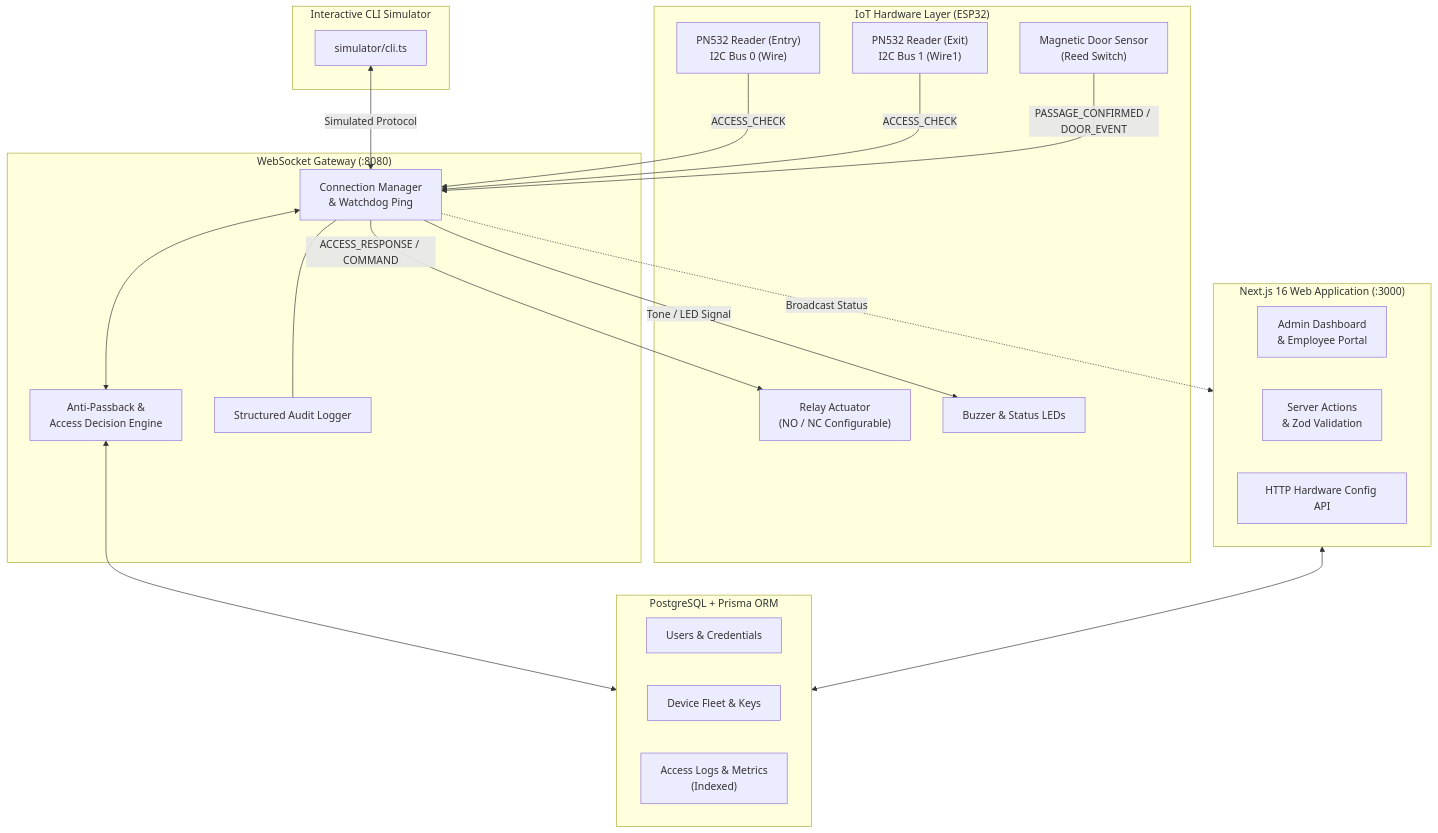
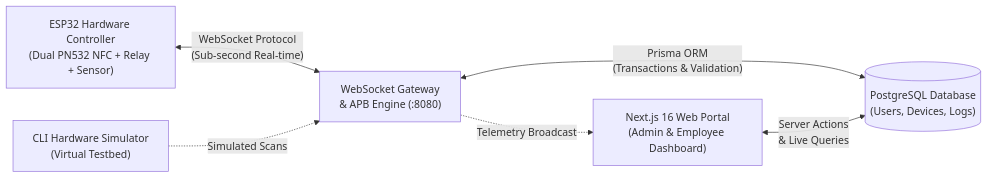
Before and after one commit to dima91020/KeyFlowy: the diagram in README.md, drawn with Mermaid. The commit also changed other lines of this file and 9 other files, not shown here.

Commit message:
chore(branding): rebrand platform to KeyFlowy and simplify architecture diagram in README

````diff
--- a/README.md
+++ b/README.md
@@ -27,46 +27,8 @@
 ```mermaid
-flowchart TB
-    subgraph Hardware["IoT Hardware Layer (ESP32)"]
-        NFC_IN["PN532 Reader (Entry)\nI2C Bus 0 (Wire)"]
-        NFC_OUT["PN532 Reader (Exit)\nI2C Bus 1 (Wire1)"]
-        RELAY["Relay Actuator\n(NO / NC Configurable)"]
-        SENSOR["Magnetic Door Sensor\n(Reed Switch)"]
-        BUZZER["Buzzer & Status LEDs"]
-    end
-
-    subgraph Gateway["WebSocket Gateway (:8080)"]
-        WS_SRV["Connection Manager\n& Watchdog Ping"]
-        APB_ENG["Anti-Passback &\nAccess Decision Engine"]
-        LOGGER["Structured Audit Logger"]
-    end
-
-    subgraph WebApp["Next.js 16 Web Application (:3000)"]
-        DASH["Admin Dashboard\n& Employee Portal"]
-        ACTIONS["Server Actions\n& Zod Validation"]
-        API["HTTP Hardware Config API"]
-    end
-
-    subgraph Database["PostgreSQL + Prisma ORM"]
-        USERS["Users & Credentials"]
-        DEVICES["Device Fleet & Keys"]
-        LOGS["Access Logs & Metrics\n(Indexed)"]
-    end
-
-    subgraph Simulator["Interactive CLI Simulator"]
-        SIM_CLI["simulator/cli.ts"]
-    end
-
-    NFC_IN -->|ACCESS_CHECK| WS_SRV
-    NFC_OUT -->|ACCESS_CHECK| WS_SRV
-    SENSOR -->|PASSAGE_CONFIRMED / DOOR_EVENT| WS_SRV
-    WS_SRV -->|ACCESS_RESPONSE / COMMAND| RELAY
-    WS_SRV -->|Tone / LED Signal| BUZZER
-
-    SIM_CLI <-->|Simulated Protocol| WS_SRV
-
-    WS_SRV <--> APB_ENG
-    APB_ENG <--> Database
-    WS_SRV --- LOGGER
-    WebApp <--> Database
-    WS_SRV -.->|Broadcast Status| WebApp
+flowchart LR
+    A["ESP32 Hardware Controller\n(Dual PN532 NFC + Relay + Sensor)"] <-->|"WebSocket Protocol\n(Sub-second Real-time)"| B["WebSocket Gateway\n& APB Engine (:8080)"]
+    B <-->|"Prisma ORM\n(Transactions & Validation)"| C[("PostgreSQL Database\n(Users, Devices, Logs)")]
+    D["Next.js 16 Web Portal\n(Admin & Employee Dashboard)"] <-->|"Server Actions\n& Live Queries"| C
+    B -.->|"Telemetry Broadcast"| D
+    E["CLI Hardware Simulator\n(Virtual Testbed)"] -.->|"Simulated Scans"| B
 ```
````
